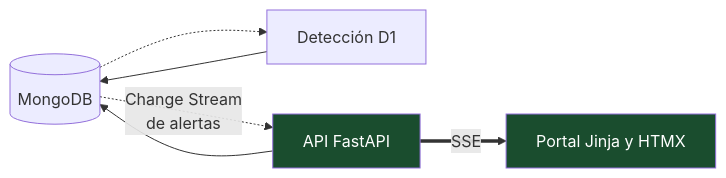
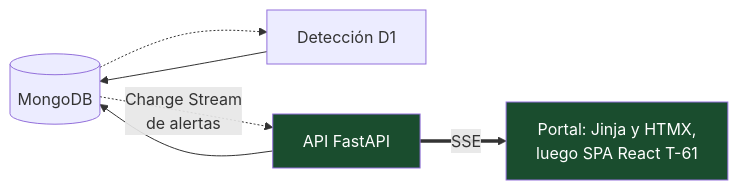
One commit to handelenriquezacuna/centinela changed the eighth of 12 diagrams in docs/04-arquitectura.md. Above: the diagram before and after it, drawn with Mermaid. The commit also changed other lines of this file and 73 other files, not shown here.

First line of the commit message:
feat(portal): base de la SPA React detras de portal.interfaz (fase 1)

````diff
--- a/docs/04-arquitectura.md
+++ b/docs/04-arquitectura.md
@@ -191,10 +197,10 @@
 ```mermaid
 flowchart LR
     M[(MongoDB)] -.-> D1[Detección D1]
     D1 --> M
     M -. "Change Stream<br/>de alertas" .-> API[API FastAPI]
-    API == SSE ==> UI[Portal Jinja y HTMX]
+    API == SSE ==> UI[Portal: Jinja y HTMX,<br/>luego SPA React T-61]
     API --> M
     style API fill:#1a4d2e,color:#fff
     style UI fill:#1a4d2e,color:#fff
 ```
````
